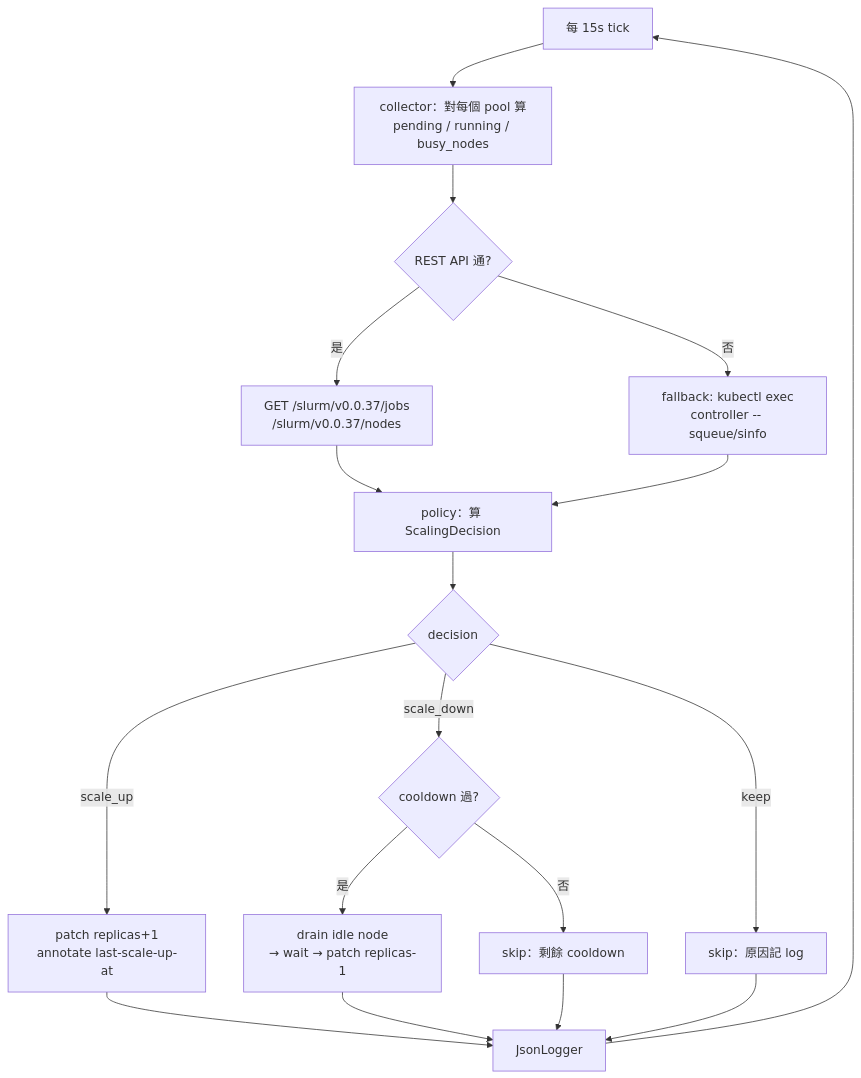
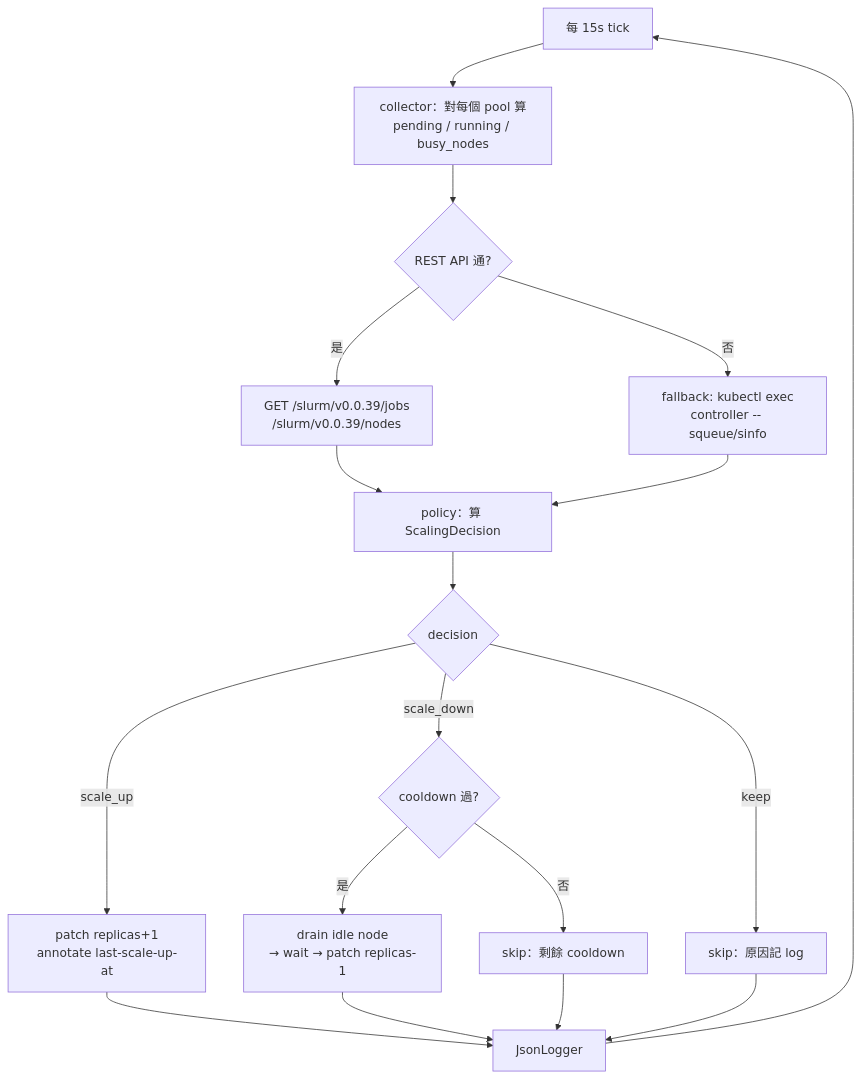
The second of 5 diagrams in docs/cluster.md (SoWiEee/Kelpflux), drawn with Mermaid before and after one commit. The commit also changed other lines of this file and 43 other files, not shown here.

````diff
--- a/docs/cluster.md
+++ b/docs/cluster.md
@@ -413,17 +414,17 @@
 ```mermaid
 flowchart TD
     A[每 15s tick] --> B[collector：對每個 pool 算\npending / running / busy_nodes]
     B --> C{REST API 通?}
-    C -- 是 --> D[GET /slurm/v0.0.37/jobs\n/slurm/v0.0.37/nodes]
+    C -- 是 --> D[GET /slurm/v0.0.39/jobs\n/slurm/v0.0.39/nodes]
     C -- 否 --> E[fallback: kubectl exec\ncontroller -- squeue/sinfo]
     D --> F[policy：算 ScalingDecision]
     E --> F
     F --> G{decision}
     G -- scale_up --> H[patch replicas+1\nannotate last-scale-up-at]
     G -- scale_down --> I{cooldown 過?}
     I -- 是 --> J[drain idle node\n→ wait → patch replicas-1]
     I -- 否 --> K[skip：剩餘 cooldown]
     G -- keep --> L[skip：原因記 log]
     H & J & K & L --> M[JsonLogger]
     M --> A
 ```
````
